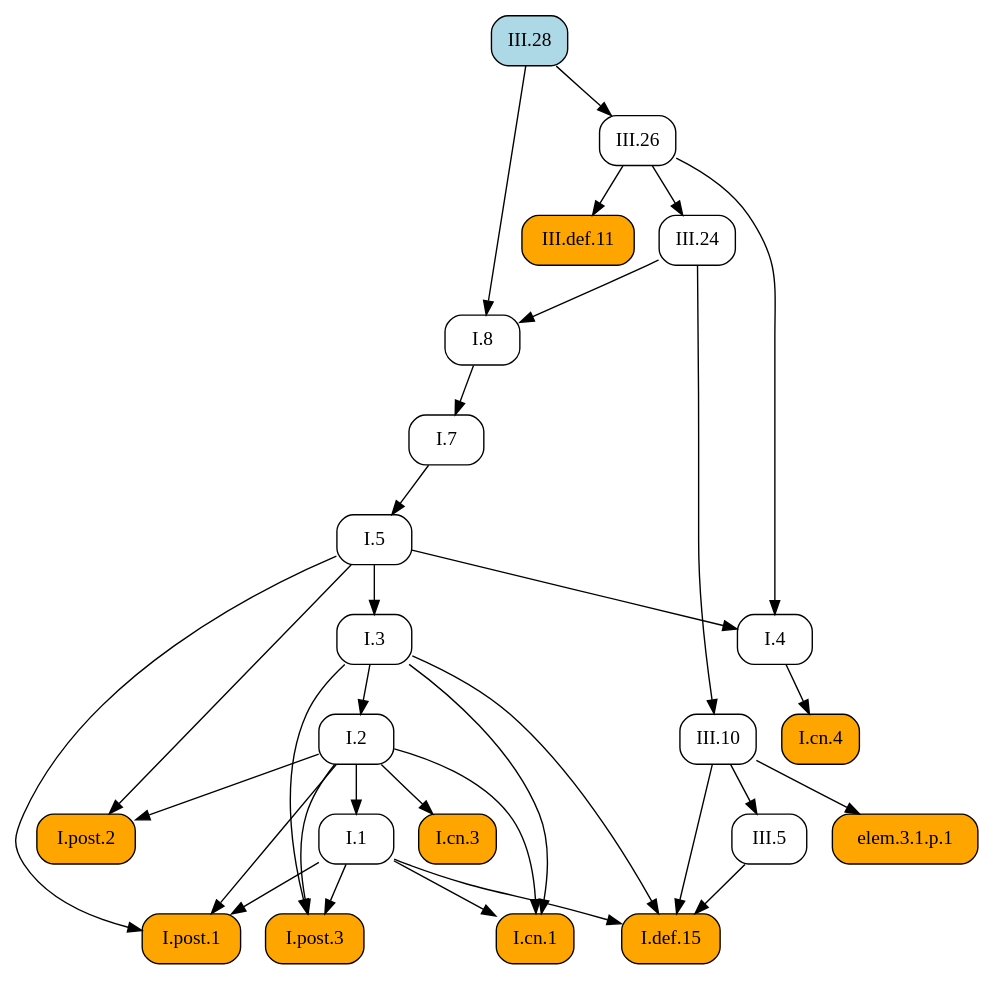
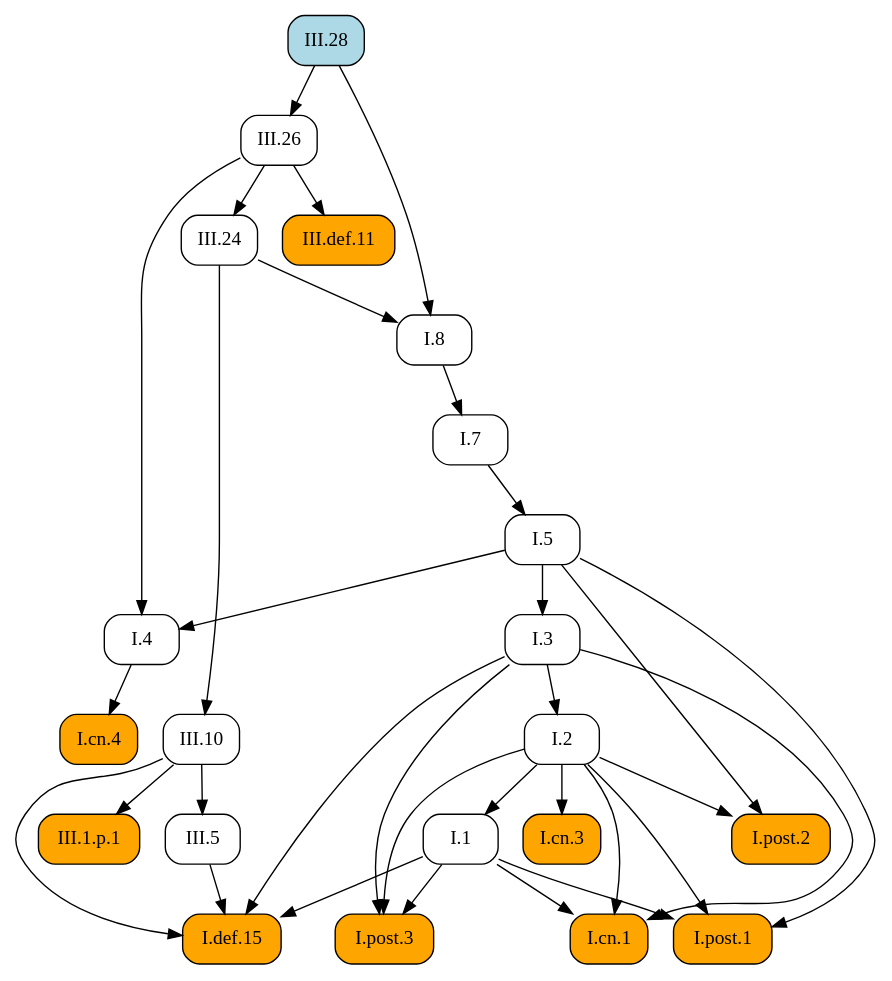
One commit to geometor/elements changed the diagram in docsrc/heath/III/28/index.rst. Above: the diagram before and after it, drawn with Graphviz. The commit also changed 484 other files, not shown here.

```diff
--- a/docsrc/heath/III/28/index.rst
+++ b/docsrc/heath/III/28/index.rst
@@ -55,59 +55,59 @@
 .. graphviz::
 
    digraph {
      rankdir="TB";
      node [shape=box, style=rounded];
+     "III.28" [style="rounded,filled", fillcolor=lightblue, URL="/heath/III/28/", target="_top"];
+     "I.cn.1" [style="rounded,filled", fillcolor=orange, URL="/heath/I/cn.1/", target="_top"];
+     "I.7" [URL="/heath/I/7/", target="_top"];
+     "III.24" [URL="/heath/III/24/", target="_top"];
+     "I.2" [URL="/heath/I/2/", target="_top"];
+     "I.def.15" [style="rounded,filled", fillcolor=orange, URL="/heath/I/def.15/", target="_top"];
+     "III.26" [URL="/heath/III/26/", target="_top"];
+     "I.4" [URL="/heath/I/4/", target="_top"];
      "I.1" [URL="/heath/I/1/", target="_top"];
-     "I.7" [URL="/heath/I/7/", target="_top"];
+     "III.def.11" [style="rounded,filled", fillcolor=orange, URL="/heath/III/def.11/", target="_top"];
+     "I.post.1" [style="rounded,filled", fillcolor=orange, URL="/heath/I/post.1/", target="_top"];
+     "I.post.3" [style="rounded,filled", fillcolor=orange, URL="/heath/I/post.3/", target="_top"];
+     "I.5" [URL="/heath/I/5/", target="_top"];
+     "I.8" [URL="/heath/I/8/", target="_top"];
+     "I.cn.3" [style="rounded,filled", fillcolor=orange, URL="/heath/I/cn.3/", target="_top"];
+     "III.10" [URL="/heath/III/10/", target="_top"];
+     "III.1.p.1" [style="rounded,filled", fillcolor=orange];
+     "I.cn.4" [style="rounded,filled", fillcolor=orange, URL="/heath/I/cn.4/", target="_top"];
+     "I.post.2" [style="rounded,filled", fillcolor=orange, URL="/heath/I/post.2/", target="_top"];
      "I.3" [URL="/heath/I/3/", target="_top"];
-     "III.26" [URL="/heath/III/26/", target="_top"];
-     "I.2" [URL="/heath/I/2/", target="_top"];
-     "I.4" [URL="/heath/I/4/", target="_top"];
-     "elem.3.1.p.1" [style="rounded,filled", fillcolor=orange];
-     "I.post.2" [style="rounded,filled", fillcolor=orange, URL="/heath/I/post.2/", target="_top"];
-     "III.def.11" [style="rounded,filled", fillcolor=orange, URL="/heath/III/def.11/", target="_top"];
-     "I.def.15" [style="rounded,filled", fillcolor=orange, URL="/heath/I/def.15/", target="_top"];
-     "III.10" [URL="/heath/III/10/", target="_top"];
-     "I.post.3" [style="rounded,filled", fillcolor=orange, URL="/heath/I/post.3/", target="_top"];
-     "I.cn.1" [style="rounded,filled", fillcolor=orange, URL="/heath/I/cn.1/", target="_top"];
-     "I.cn.3" [style="rounded,filled", fillcolor=orange, URL="/heath/I/cn.3/", target="_top"];
-     "I.8" [URL="/heath/I/8/", target="_top"];
-     "I.cn.4" [style="rounded,filled", fillcolor=orange, URL="/heath/I/cn.4/", target="_top"];
-     "III.28" [style="rounded,filled", fillcolor=lightblue, URL="/heath/III/28/", target="_top"];
-     "I.post.1" [style="rounded,filled", fillcolor=orange, URL="/heath/I/post.1/", target="_top"];
-     "III.24" [URL="/heath/III/24/", target="_top"];
-     "I.5" [URL="/heath/I/5/", target="_top"];
      "III.5" [URL="/heath/III/5/", target="_top"];
-     "I.2" -> "I.1";
+     "I.1" -> "I.cn.1";
+     "I.2" -> "I.cn.1";
+     "I.3" -> "I.cn.1";
      "I.8" -> "I.7";
-     "I.5" -> "I.3";
-     "III.28" -> "III.26";
+     "III.26" -> "III.24";
      "I.3" -> "I.2";
-     "I.5" -> "I.4";
-     "III.26" -> "I.4";
-     "III.10" -> "elem.3.1.p.1";
-     "I.2" -> "I.post.2";
-     "I.5" -> "I.post.2";
-     "III.26" -> "III.def.11";
      "I.1" -> "I.def.15";
      "I.3" -> "I.def.15";
      "III.5" -> "I.def.15";
      "III.10" -> "I.def.15";
-     "III.24" -> "III.10";
+     "III.28" -> "III.26";
+     "I.5" -> "I.4";
+     "III.26" -> "I.4";
+     "I.2" -> "I.1";
+     "III.26" -> "III.def.11";
+     "I.1" -> "I.post.1";
+     "I.2" -> "I.post.1";
+     "I.5" -> "I.post.1";
      "I.1" -> "I.post.3";
      "I.2" -> "I.post.3";
      "I.3" -> "I.post.3";
-     "I.1" -> "I.cn.1";
-     "I.2" -> "I.cn.1";
-     "I.3" -> "I.cn.1";
-     "I.2" -> "I.cn.3";
+     "I.7" -> "I.5";
      "III.24" -> "I.8";
      "III.28" -> "I.8";
+     "I.2" -> "I.cn.3";
+     "III.24" -> "III.10";
+     "III.10" -> "III.1.p.1";
      "I.4" -> "I.cn.4";
-     "I.1" -> "I.post.1";
-     "I.2" -> "I.post.1";
-     "I.5" -> "I.post.1";
-     "III.26" -> "III.24";
-     "I.7" -> "I.5";
+     "I.2" -> "I.post.2";
+     "I.5" -> "I.post.2";
+     "I.5" -> "I.3";
      "III.10" -> "III.5";
    }
```
